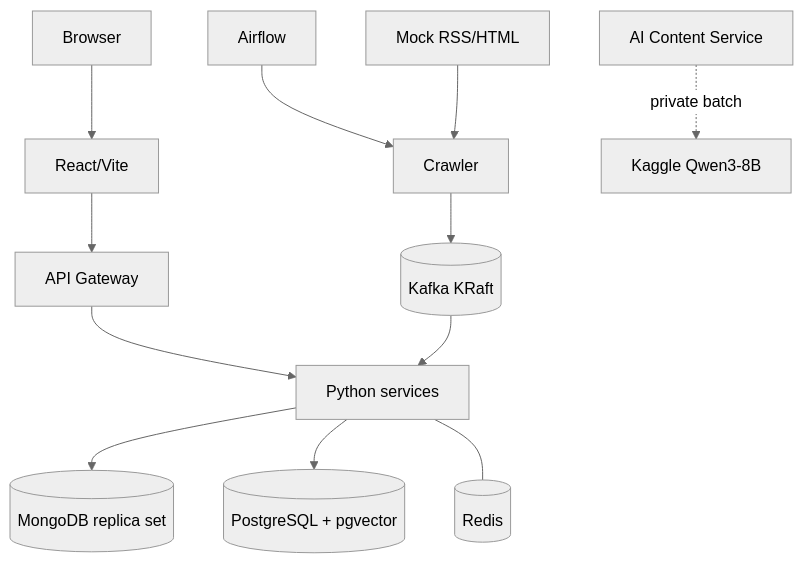
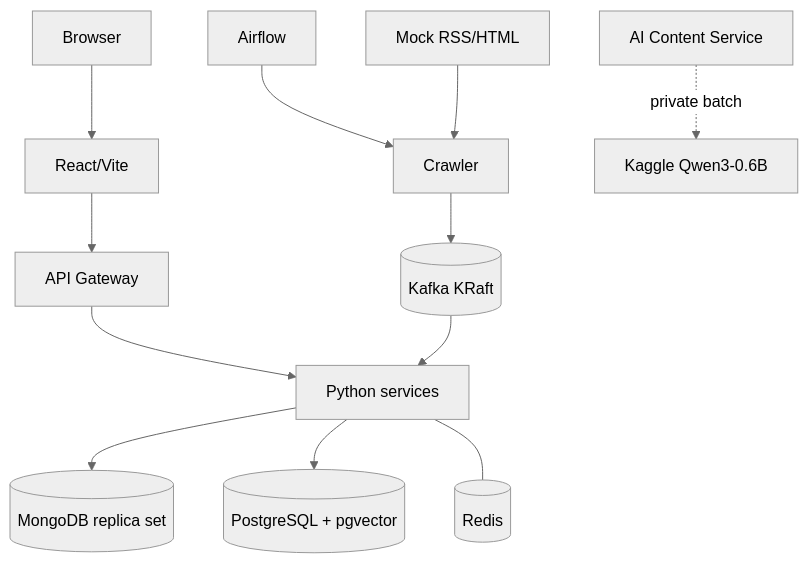
The diagram in docs/deployment.md (marvinphung/project3), drawn with Mermaid (neutral theme) before and after one commit. The commit also changed other lines of this file and 44 other files, not shown here.

First line of the commit message:
feat: connect production news flow to public UI

````diff
--- a/docs/deployment.md
+++ b/docs/deployment.md
@@ -11,14 +11,14 @@
 ```mermaid
 flowchart TB
     Browser --> Web[React/Vite]
     Web --> GW[API Gateway]
     GW --> Services[Python services]
     AF[Airflow] --> CR[Crawler]
     Mock[Mock RSS/HTML] --> CR
     CR --> K[(Kafka KRaft)]
     K --> Services
     Services --> M[(MongoDB replica set)]
     Services --> P[(PostgreSQL + pgvector)]
     Services --- R[(Redis)]
-    AI[AI Content Service] -. private batch .-> KG[Kaggle Qwen3-8B]
+    AI[AI Content Service] -. private batch .-> KG[Kaggle Qwen3-0.6B]
 ```
````
